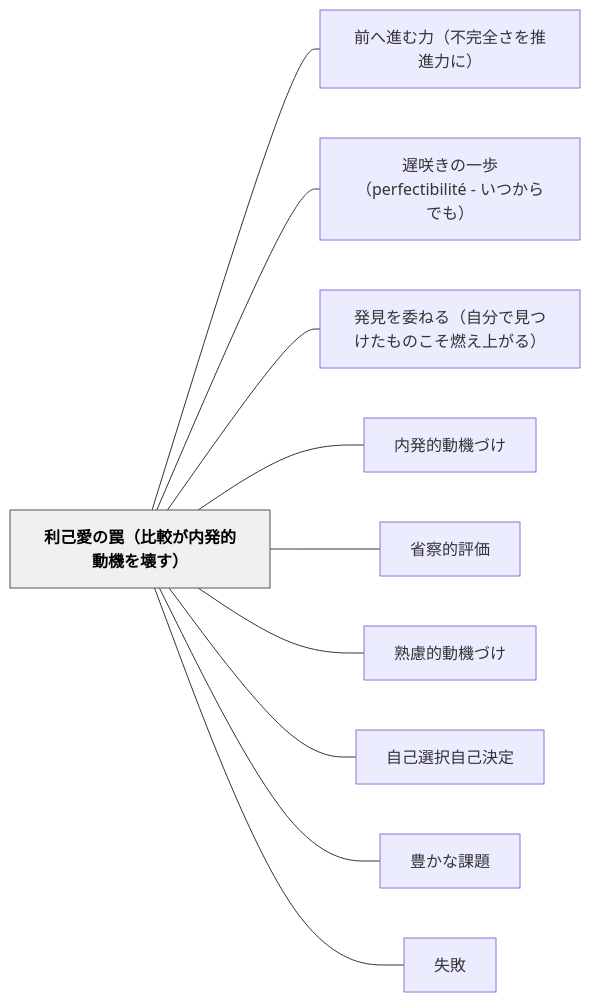
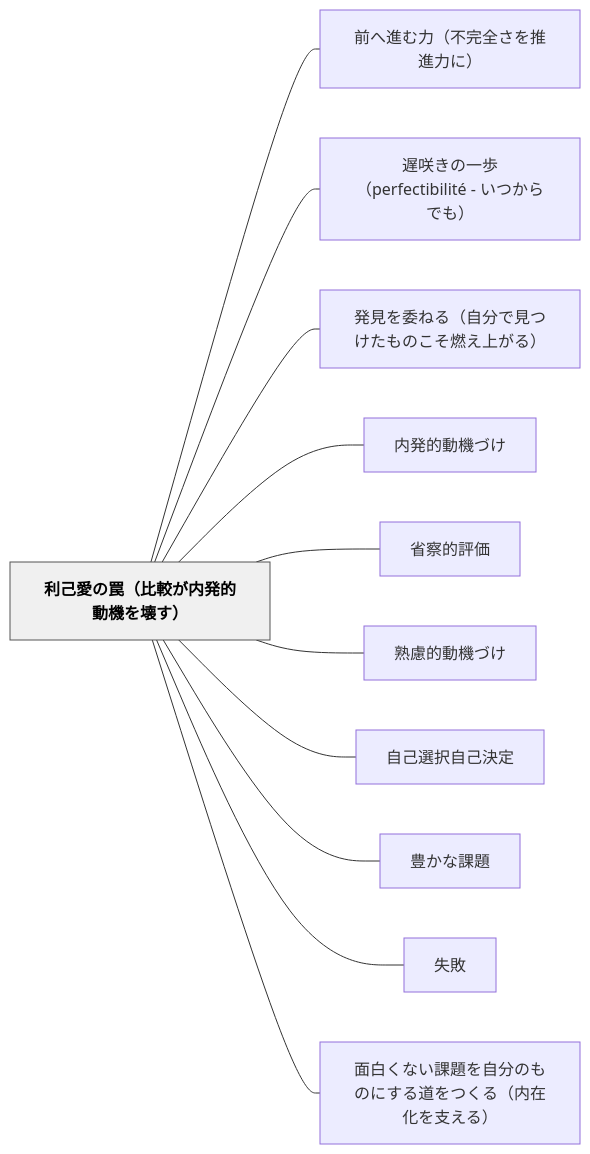
The diagram in content/パタン/利己愛の罠（比較が内発的動機を壊す）.md (unknownthings-ed-patterns/unknownthings-ed-patterns), drawn with Mermaid before and after one commit. The commit also changed other lines of this file and 17 other files, not shown here.

````diff
--- a/content/パタン/利己愛の罠（比較が内発的動機を壊す）.md
+++ b/content/パタン/利己愛の罠（比較が内発的動機を壊す）.md
@@ -98,26 +100,28 @@
 ```mermaid
 flowchart LR
     ne588a9e5b7b1e6849be381aee7bda0efbc88e6af94e8bc83e3818ce58685e799bae79a84e58b95e6a99fe38292e5a38ae38199efbc89["利己愛の罠（比較が内発的動機を壊す）"]
     ne5898de381b8e980b2e38280e58a9befbc88e4b88de5ae8ce585a8e38195e38292e68ea8e980b2e58a9be381abefbc89["前へ進む力（不完全さを推進力に）"]
     ne98185e592b2e3818de381aee4b880e6ada9efbc88706572666563746962696c6974c3a9202d20e38184e381a4e3818be38289e381a7e38282efbc89["遅咲きの一歩（perfectibilité - いつからでも）"]
     ne799bae8a68be38292e5a794e381ade3828befbc88e887aae58886e381a7e8a68be381a4e38191e3819fe38282e381aee38193e3819de78783e38188e4b88ae3818ce3828befbc89["発見を委ねる（自分で見つけたものこそ燃え上がる）"]
     ne58685e799bae79a84e58b95e6a99fe381a5e38191["内発的動機づけ"]
     ne79c81e5af9fe79a84e8a995e4bea1["省察的評価"]
     ne7869fe685aee79a84e58b95e6a99fe381a5e38191["熟慮的動機づけ"]
     ne887aae5b7b1e981b8e68a9ee887aae5b7b1e6b1bae5ae9a["自己選択自己決定"]
     ne8b18ae3818be381aae8aab2e9a18c["豊かな課題"]
     ne5a4b1e69597["失敗"]
+    ne99da2e799bde3818fe381aae38184e8aab2e9a18ce38292e887aae58886e381aee38282e381aee381abe38199e3828be98193e38292e381a4e3818fe3828befbc88e58685e59ca8e58c96e38292e694afe38188e3828befbc89["面白くない課題を自分のものにする道をつくる（内在化を支える）"]
 
     ne588a9e5b7b1e6849be381aee7bda0efbc88e6af94e8bc83e3818ce58685e799bae79a84e58b95e6a99fe38292e5a38ae38199efbc89 --- ne5898de381b8e980b2e38280e58a9befbc88e4b88de5ae8ce585a8e38195e38292e68ea8e980b2e58a9be381abefbc89
     ne588a9e5b7b1e6849be381aee7bda0efbc88e6af94e8bc83e3818ce58685e799bae79a84e58b95e6a99fe38292e5a38ae38199efbc89 --- ne98185e592b2e3818de381aee4b880e6ada9efbc88706572666563746962696c6974c3a9202d20e38184e381a4e3818be38289e381a7e38282efbc89
     ne588a9e5b7b1e6849be381aee7bda0efbc88e6af94e8bc83e3818ce58685e799bae79a84e58b95e6a99fe38292e5a38ae38199efbc89 --- ne799bae8a68be38292e5a794e381ade3828befbc88e887aae58886e381a7e8a68be381a4e38191e3819fe38282e381aee38193e3819de78783e38188e4b88ae3818ce3828befbc89
     ne588a9e5b7b1e6849be381aee7bda0efbc88e6af94e8bc83e3818ce58685e799bae79a84e58b95e6a99fe38292e5a38ae38199efbc89 --- ne58685e799bae79a84e58b95e6a99fe381a5e38191
     ne588a9e5b7b1e6849be381aee7bda0efbc88e6af94e8bc83e3818ce58685e799bae79a84e58b95e6a99fe38292e5a38ae38199efbc89 --- ne79c81e5af9fe79a84e8a995e4bea1
     ne588a9e5b7b1e6849be381aee7bda0efbc88e6af94e8bc83e3818ce58685e799bae79a84e58b95e6a99fe38292e5a38ae38199efbc89 --- ne7869fe685aee79a84e58b95e6a99fe381a5e38191
     ne588a9e5b7b1e6849be381aee7bda0efbc88e6af94e8bc83e3818ce58685e799bae79a84e58b95e6a99fe38292e5a38ae38199efbc89 --- ne887aae5b7b1e981b8e68a9ee887aae5b7b1e6b1bae5ae9a
     ne588a9e5b7b1e6849be381aee7bda0efbc88e6af94e8bc83e3818ce58685e799bae79a84e58b95e6a99fe38292e5a38ae38199efbc89 --- ne8b18ae3818be381aae8aab2e9a18c
     ne588a9e5b7b1e6849be381aee7bda0efbc88e6af94e8bc83e3818ce58685e799bae79a84e58b95e6a99fe38292e5a38ae38199efbc89 --- ne5a4b1e69597
+    ne588a9e5b7b1e6849be381aee7bda0efbc88e6af94e8bc83e3818ce58685e799bae79a84e58b95e6a99fe38292e5a38ae38199efbc89 --- ne99da2e799bde3818fe381aae38184e8aab2e9a18ce38292e887aae58886e381aee38282e381aee381abe38199e3828be98193e38292e381a4e3818fe3828befbc88e58685e59ca8e58c96e38292e694afe38188e3828befbc89
 
     classDef hub fill:#f0f0f0,stroke:#555,color:#000,font-weight:bold
     class ne588a9e5b7b1e6849be381aee7bda0efbc88e6af94e8bc83e3818ce58685e799bae79a84e58b95e6a99fe38292e5a38ae38199efbc89 hub
 ```
````
